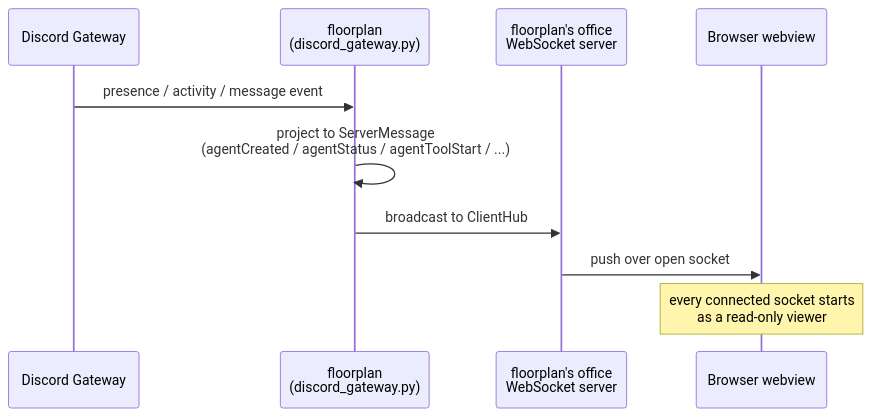
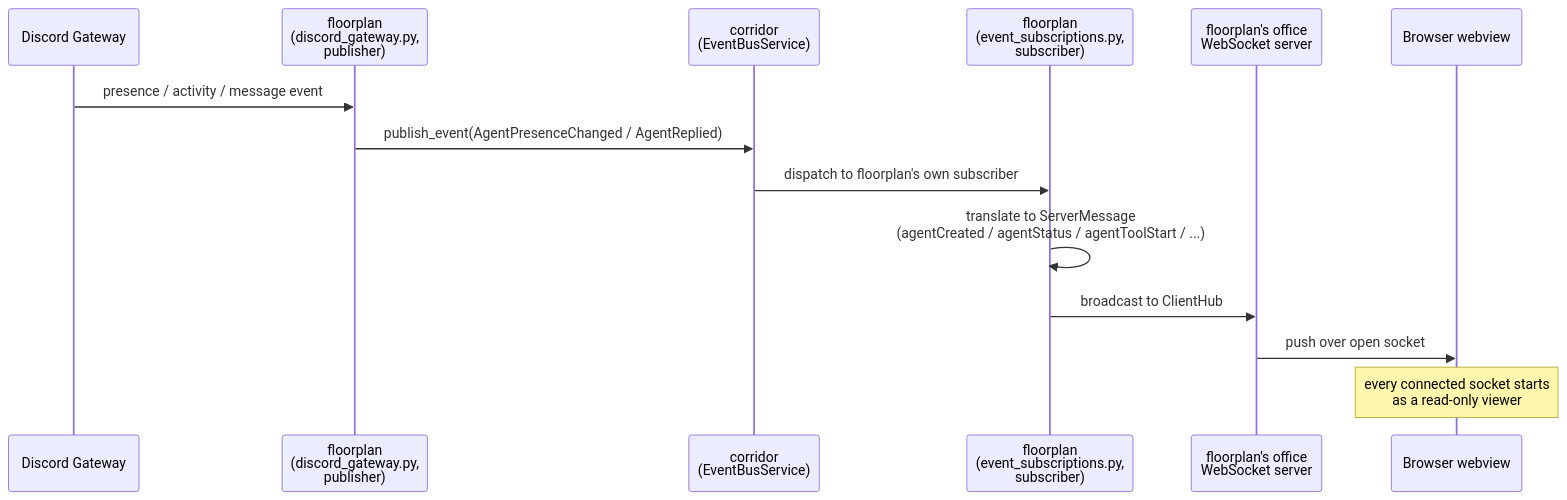
The third of 7 diagrams in docs/architecture.md (pixel-agents-hq/pixel-agents-cogs), drawn with Mermaid before and after one commit. The commit also changed other lines of this file and 17 other files, not shown here.

````diff
--- a/docs/architecture.md
+++ b/docs/architecture.md
@@ -121,13 +126,17 @@
 ```mermaid
 sequenceDiagram
     participant D as Discord Gateway
-    participant FP as floorplan<br/>(discord_gateway.py)
+    participant FP1 as floorplan<br/>(discord_gateway.py,<br/>publisher)
+    participant C as corridor<br/>(EventBusService)
+    participant FP2 as floorplan<br/>(event_subscriptions.py,<br/>subscriber)
     participant WS as floorplan's office<br/>WebSocket server
     participant B as Browser webview
 
-    D->>FP: presence / activity / message event
-    FP->>FP: project to ServerMessage<br/>(agentCreated / agentStatus / agentToolStart / ...)
-    FP->>WS: broadcast to ClientHub
+    D->>FP1: presence / activity / message event
+    FP1->>C: publish_event(AgentPresenceChanged / AgentReplied)
+    C->>FP2: dispatch to floorplan's own subscriber
+    FP2->>FP2: translate to ServerMessage<br/>(agentCreated / agentStatus / agentToolStart / ...)
+    FP2->>WS: broadcast to ClientHub
     WS->>B: push over open socket
     Note over B: every connected socket starts<br/>as a read-only viewer
 ```
````
